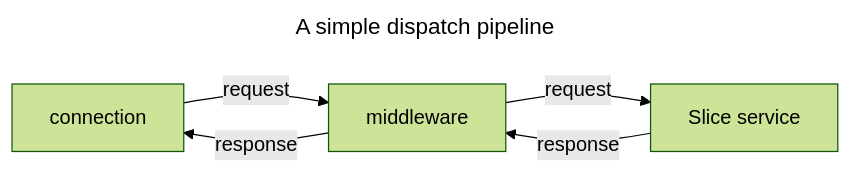
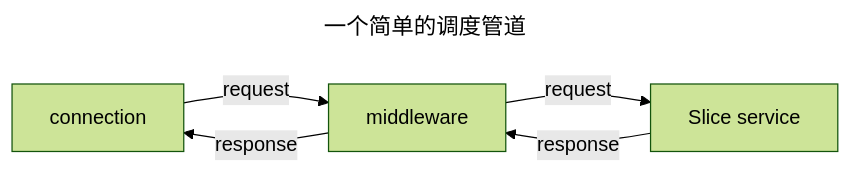
Before and after one commit to xlgwr/icerpc-docs: the diagram in content/icerpc/dispatch/dispatch-pipeline.zh-cn.md, drawn with Mermaid (forest theme). The commit also changed other lines of this file, not shown here.

````diff
--- a/content/icerpc/dispatch/dispatch-pipeline.zh-cn.md
+++ b/content/icerpc/dispatch/dispatch-pipeline.zh-cn.md
@@ -76,8 +76,8 @@
 ```mermaid
 ---
-title: A simple dispatch pipeline
+title: 一个简单的调度管道
 ---
 flowchart LR
     connection -- request --> middleware -- request --> service[Slice service]
     service -- response --> middleware -- response --> connection
 ```
````
